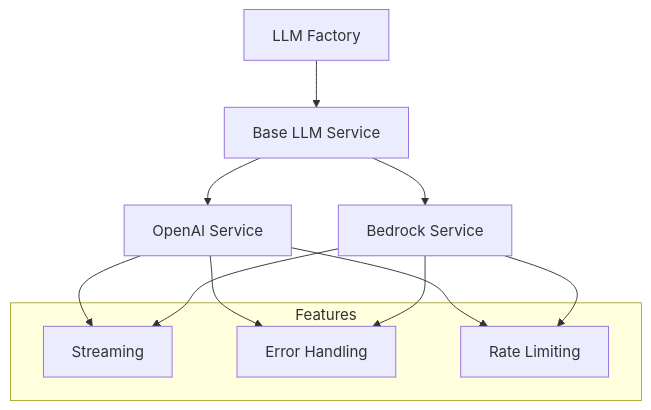
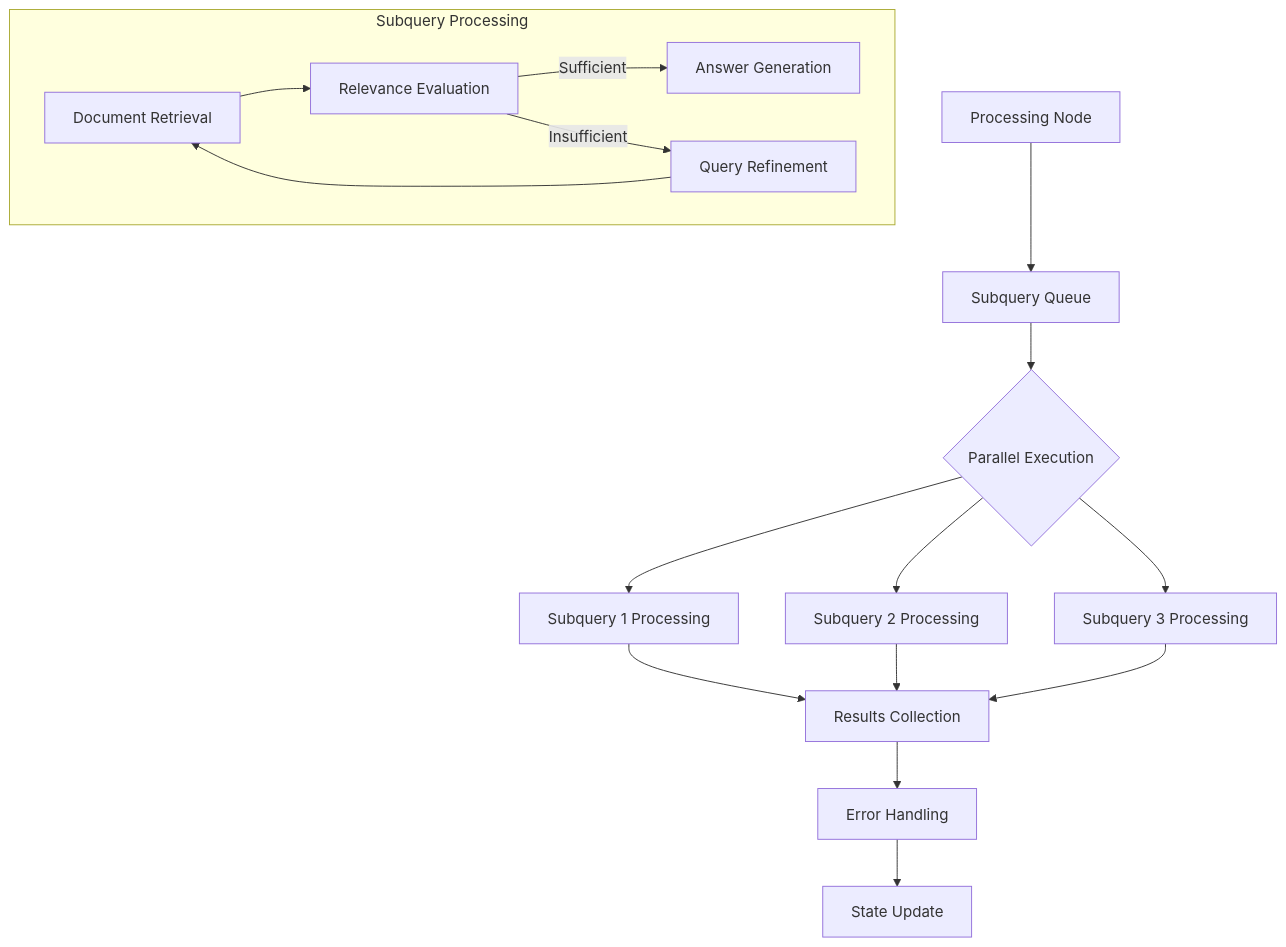
Before and after one commit to laialex501/lorechat-container: the eighth of 9 diagrams in README.md, drawn with Mermaid. The commit also changed other lines of this file and 18 other files, not shown here.

Commit message:
Add agentic conversation flow

````diff
--- a/README.md
+++ b/README.md
@@ -178,19 +296,28 @@
 ```mermaid
 graph TD
-    A[LLM Factory] --> B[Base LLM Service]
-    B --> C[OpenAI Service]
-    B --> D[Bedrock Service]
+    A[Processing Node] --> B[Subquery Queue]
+    B --> C{Parallel Execution}
     
-    subgraph "Features"
-        E[Streaming]
-        F[Error Handling]
-        G[Rate Limiting]
+    C --> D[Subquery 1 Processing]
+    C --> E[Subquery 2 Processing]
+    C --> F[Subquery 3 Processing]
+    
+    subgraph "Subquery Processing"
+        G[Document Retrieval]
+        H[Relevance Evaluation]
+        I[Query Refinement]
+        J[Answer Generation]
+        
+        G --> H
+        H -->|Sufficient| J
+        H -->|Insufficient| I
+        I --> G
     end
     
-    C --> E
-    C --> F
-    C --> G
-    D --> E
-    D --> F
-    D --> G
+    D --> K[Results Collection]
+    E --> K
+    F --> K
+    
+    K --> L[Error Handling]
+    L --> M[State Update]
 ```
````
